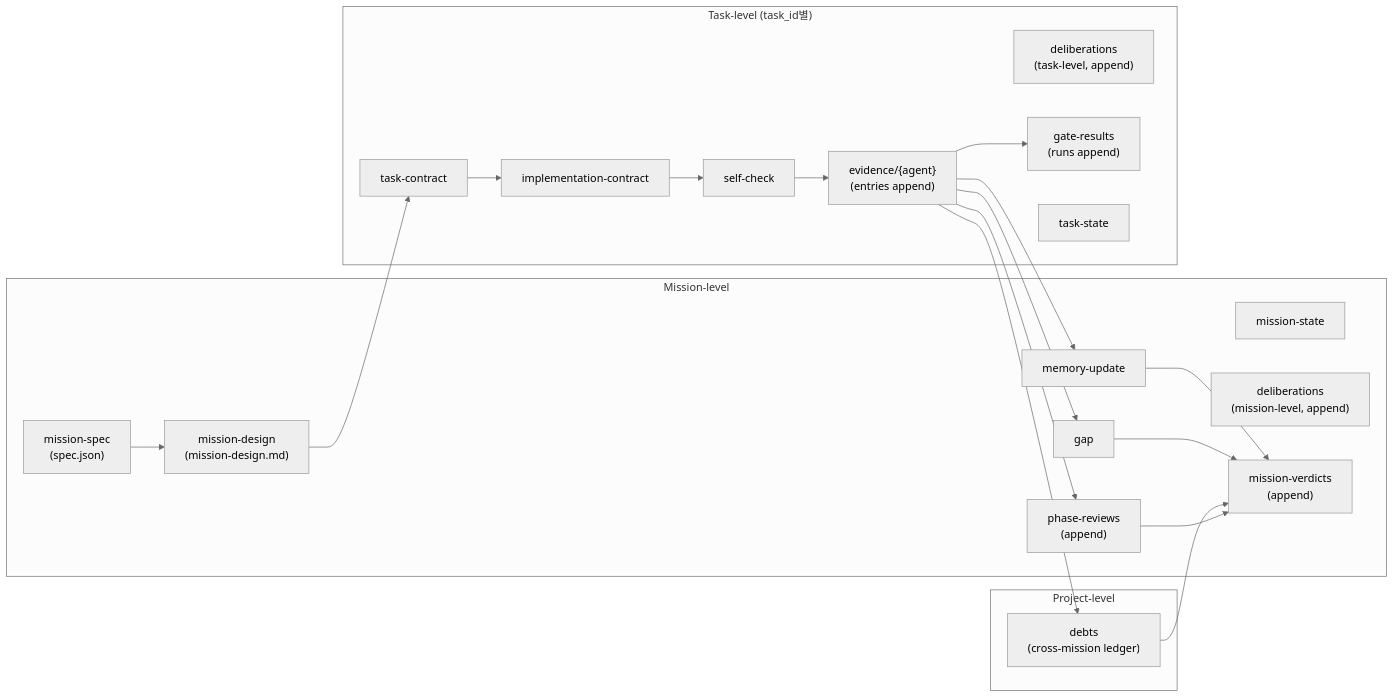
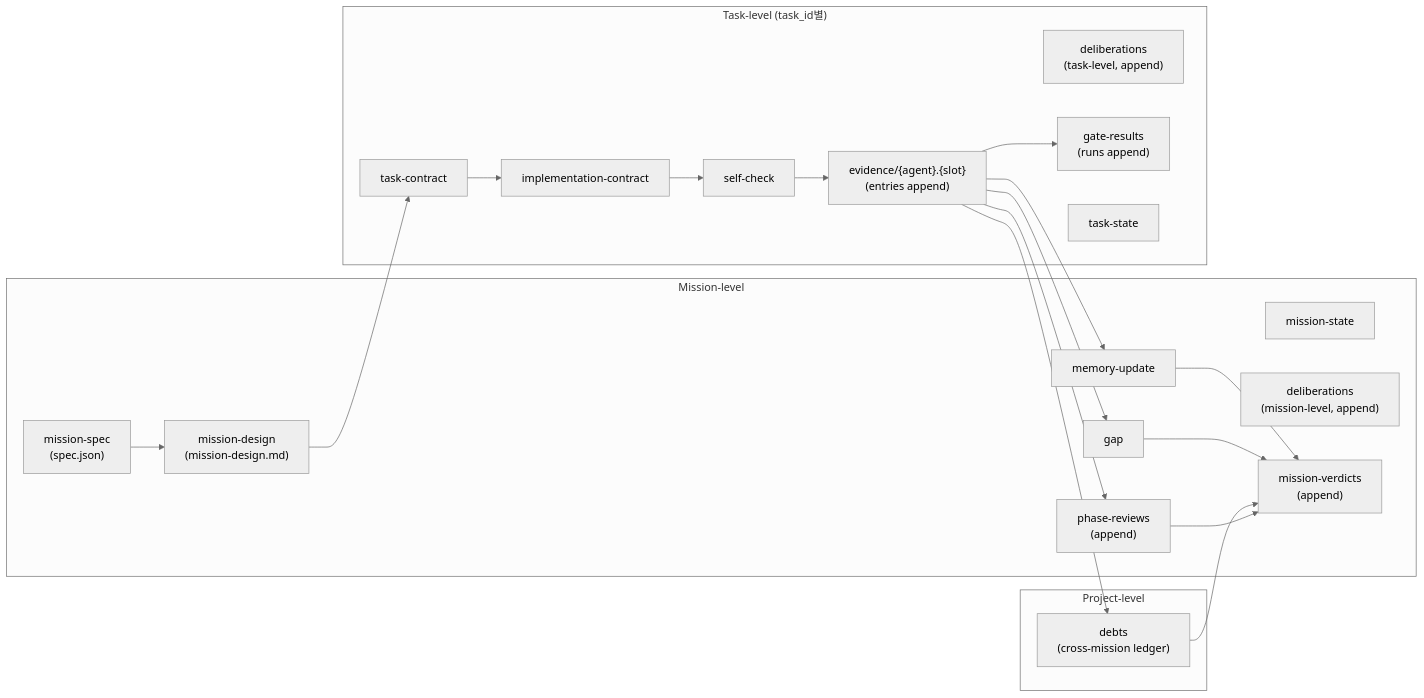
The sixth of 6 diagrams in docs/ko/DIAGRAMS.md (choam2426/geas), drawn with Mermaid (neutral theme) before and after one commit. The commit also changed 6 other files, not shown here.

````diff
--- a/docs/ko/DIAGRAMS.md
+++ b/docs/ko/DIAGRAMS.md
@@ -216,41 +216,41 @@
 ```mermaid
 flowchart LR
     subgraph Project["Project-level"]
         D["debts<br/>(cross-mission ledger)"]
     end
 
     subgraph Mission["Mission-level"]
         MS["mission-spec<br/>(spec.json)"]
         MD["mission-design<br/>(mission-design.md)"]
         MState["mission-state"]
         PR["phase-reviews<br/>(append)"]
         MDel["deliberations<br/>(mission-level, append)"]
         MV["mission-verdicts<br/>(append)"]
         G["gap"]
         MU["memory-update"]
     end
 
     subgraph Task["Task-level (task_id별)"]
         TC["task-contract"]
         IC["implementation-contract"]
         SC["self-check"]
         TDel["deliberations<br/>(task-level, append)"]
-        TE["evidence/{agent}<br/>(entries append)"]
+        TE["evidence/{agent}.{slot}<br/>(entries append)"]
         GR["gate-results<br/>(runs append)"]
         TS["task-state"]
     end
 
     MS --> MD --> TC
     TC --> IC --> SC
     SC --> TE
     TE --> GR
     TE --> PR
     PR --> MV
 
     TE --> D
     TE --> G
     TE --> MU
     D --> MV
     G --> MV
     MU --> MV
 ```
````
